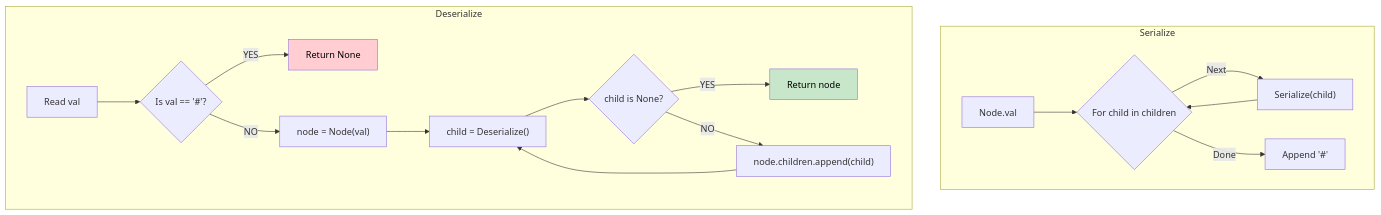
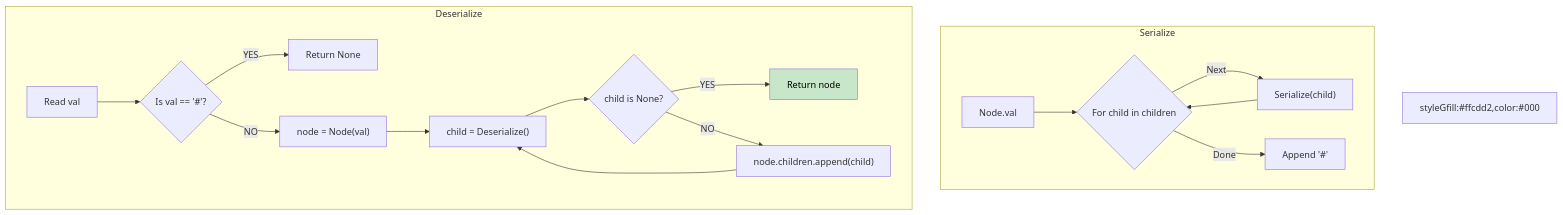
One commit to vadde/DSA changed the diagram in 38 - Serialize and Deserialize/problem_04_nary_tree_walkthrough.md. Above: the diagram before and after it, drawn with Mermaid. The commit also changed 245 other files, not shown here.

First line of the commit message:
fix: Forensic fix of all Mermaid rendering issues across entire DSA repo + add pre-commit validation infrastructure

````diff
--- a/38 - Serialize and Deserialize/problem_04_nary_tree_walkthrough.md
+++ b/38 - Serialize and Deserialize/problem_04_nary_tree_walkthrough.md
@@ -57,23 +57,23 @@
 ```mermaid
 flowchart TD
     subgraph Serialize
     A["Node.val"] --> B{"For child in children"}
     B -->|Next| C["Serialize(child)"]
     C --> B
-    B -->|Done| D["Append '#'"]
+B -->|Done| D["Append '#'"]
     end
     
     subgraph Deserialize
     E["Read val"] --> F{"Is val == '#'?"}
     F -->|YES| G["Return None"]
     F -->|NO| H["node = Node(val)"]
     H --> I["child = Deserialize()"]
     I --> J{"child is None?"}
     J -->|YES| K["Return node"]
     J -->|NO| L["node.children.append(child)"]
     L --> I
-    end
-    
-    style G fill:#ffcdd2,color:#000
+end
+
+styleGfill:#ffcdd2,color:#000
     style K fill:#c8e6c9,color:#000
 ```
````
